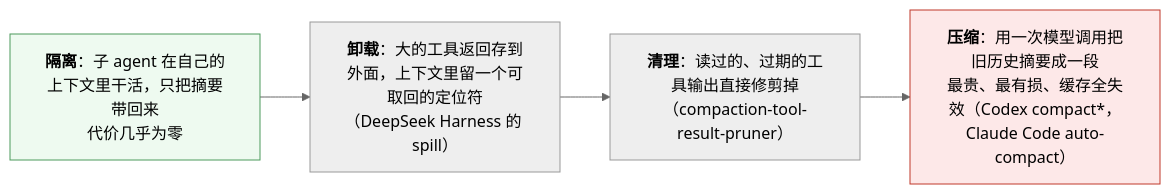
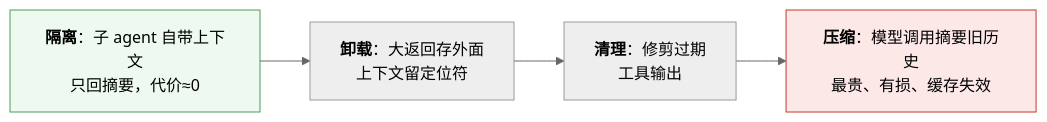
One commit to arganzheng/arganzheng.github.com changed the fifth of 10 diagrams in slides/2026-10-29-agent-and-harness.md. Above: the diagram before and after it, drawn with Mermaid (neutral theme). The commit also changed other lines of this file, not shown here.

Commit message:
slides(2026-10-29-agent-and-harness): 图内文字 ≥14px——标签缩短/拆分/Unicode 数学

````diff
--- a/slides/2026-10-29-agent-and-harness.md
+++ b/slides/2026-10-29-agent-and-harness.md
@@ -168,10 +171,10 @@
 ```mermaid
 %%{init: {"flowchart": {"wrappingWidth": 190}}}%%
 flowchart LR
-    A["<b>隔离</b>：子 agent 在自己的上下文里干活，只把摘要带回来<br/>代价几乎为零"] --> B["<b>卸载</b>：大的工具返回存到外面，上下文里留一个可取回的定位符<br/>（DeepSeek Harness 的 spill）"]
-    B --> C["<b>清理</b>：读过的、过期的工具输出直接修剪掉<br/>（compaction-tool-result-pruner）"]
-    C --> D["<b>压缩</b>：用一次模型调用把旧历史摘要成一段<br/>最贵、最有损、缓存全失效（Codex compact*，Claude Code auto-compact）"]
+    A["<b>隔离</b>：子 agent 自带上下文<br/>只回摘要，代价≈0"] --> B["<b>卸载</b>：大返回存外面<br/>上下文留定位符"]
+    B --> C["<b>清理</b>：修剪过期<br/>工具输出"]
+    C --> D["<b>压缩</b>：模型调用摘要旧历史<br/>最贵、有损、缓存失效"]
     style A fill:#eefaf0,stroke:#4d9a5c
     style D fill:#fde8e8,stroke:#c0392b
 
 ```
````
